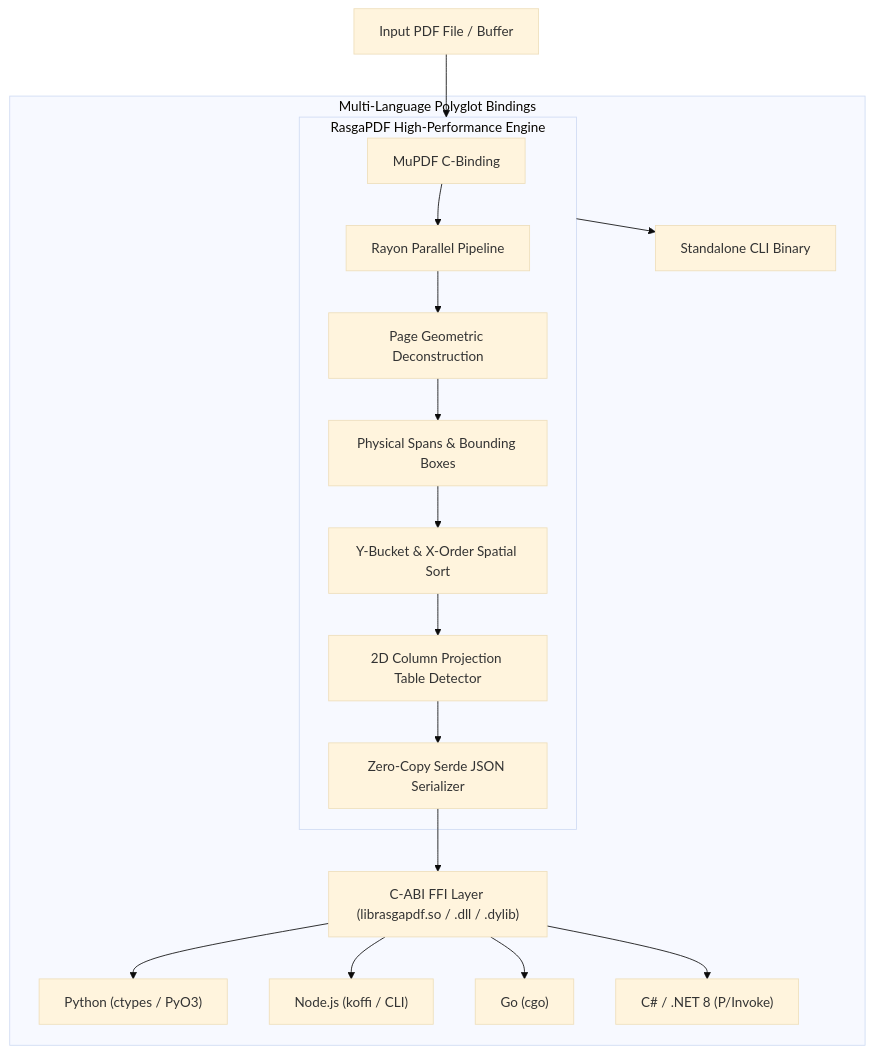
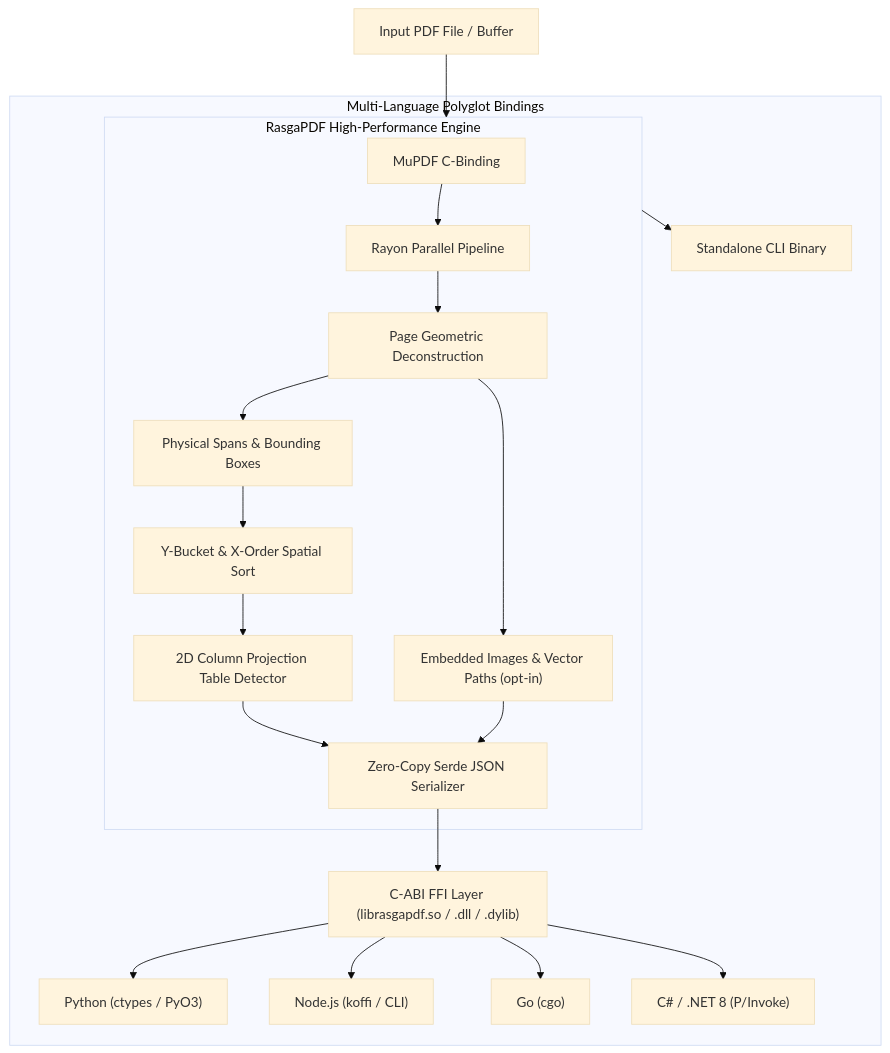
Before and after one commit to MartinsMessias/rasgapdf: the diagram in docs/ARCHITECTURE.md, drawn with Mermaid (base theme). The commit also changed other lines of this file and 34 other files, not shown here.

````diff
--- a/docs/ARCHITECTURE.md
+++ b/docs/ARCHITECTURE.md
@@ -9,23 +9,25 @@
 ```mermaid
 flowchart TD
     INPUT["Input PDF File / Buffer"] --> CORE["RasgaPDF Core (Rust)"]
     
     subgraph CORE["RasgaPDF High-Performance Engine"]
         MUPDF["MuPDF C-Binding"] --> PARALLEL["Rayon Parallel Pipeline"]
         PARALLEL --> PAGE_WORKER["Page Geometric Deconstruction"]
         PAGE_WORKER --> SPAN_EXTRACT["Physical Spans & Bounding Boxes"]
+        PAGE_WORKER --> GRAPHICS["Embedded Images & Vector Paths (opt-in)"]
         SPAN_EXTRACT --> BUCKET_SORT["Y-Bucket & X-Order Spatial Sort"]
         BUCKET_SORT --> TABLE_DETECTOR["2D Column Projection Table Detector"]
         TABLE_DETECTOR --> SERIALIZER["Zero-Copy Serde JSON Serializer"]
+        GRAPHICS --> SERIALIZER
     end
     
     SERIALIZER --> FFI["C-ABI FFI Layer (librasgapdf.so / .dll / .dylib)"]
     
     subgraph BINDINGS["Multi-Language Polyglot Bindings"]
         FFI --> PY["Python (ctypes / PyO3)"]
         FFI --> NODE["Node.js (koffi / CLI)"]
         FFI --> GO["Go (cgo)"]
         FFI --> CS["C# / .NET 8 (P/Invoke)"]
         CORE --> CLI["Standalone CLI Binary"]
     end
 ```
````
